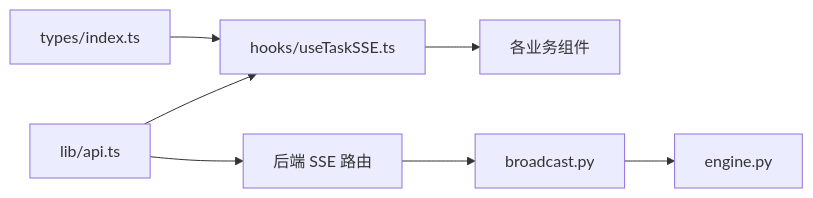
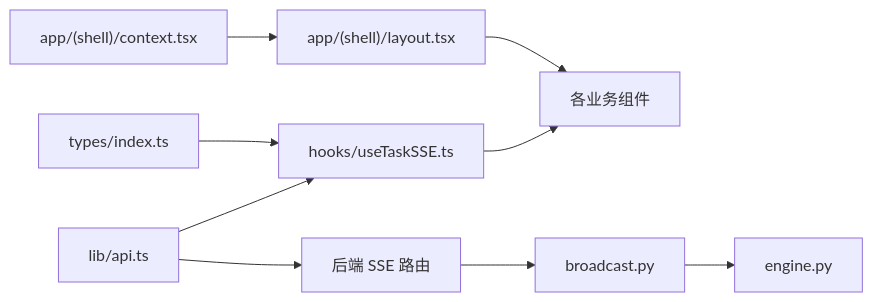
One commit to sansansansansan2022-web/hotclaw changed diagram 12 of 12 in .qoder/repowiki/zh/content/前端开发/状态管理/状态管理.md. Above: the diagram before and after it, drawn with Mermaid. The commit also changed other lines of this file and 860 other files, not shown here.

````diff
--- a/.qoder/repowiki/zh/content/前端开发/状态管理/状态管理.md
+++ b/.qoder/repowiki/zh/content/前端开发/状态管理/状态管理.md
@@ -393,9 +617,11 @@
 ```mermaid
 graph LR
 Types["types/index.ts"] --> Hooks["hooks/useTaskSSE.ts"]
 API["lib/api.ts"] --> Hooks
-Hooks --> Components["各业务组件"]
+ShellContext["app/(shell)/context.tsx"] --> ShellLayout["app/(shell)/layout.tsx"]
+ShellLayout --> Components["各业务组件"]
+Hooks --> Components
 API --> Backend["后端 SSE 路由"]
 Backend --> Broadcaster["broadcast.py"]
 Broadcaster --> Engine["engine.py"]
 ```
````
